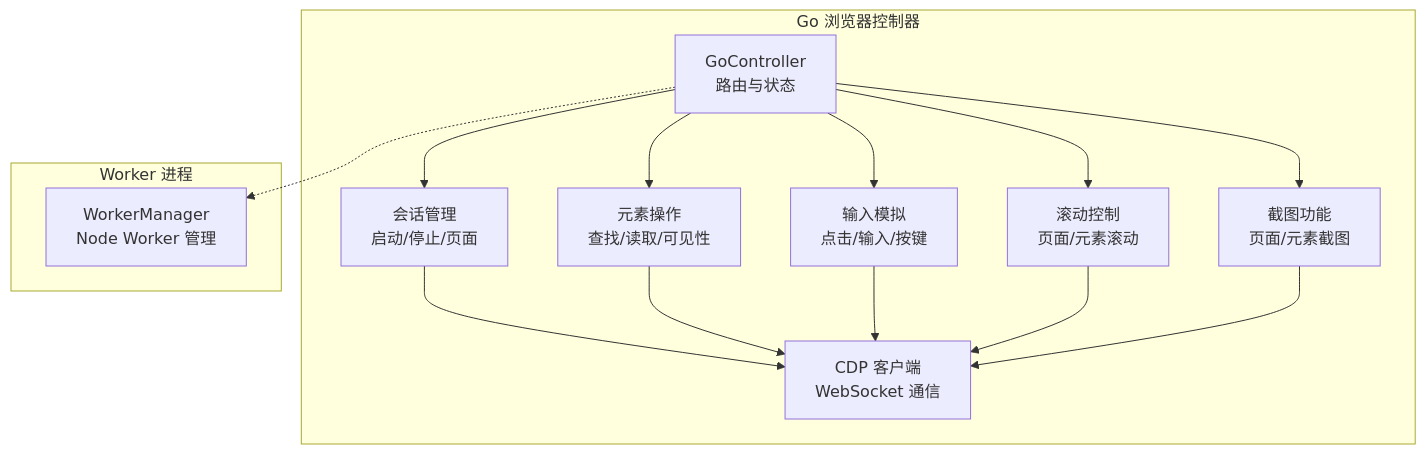
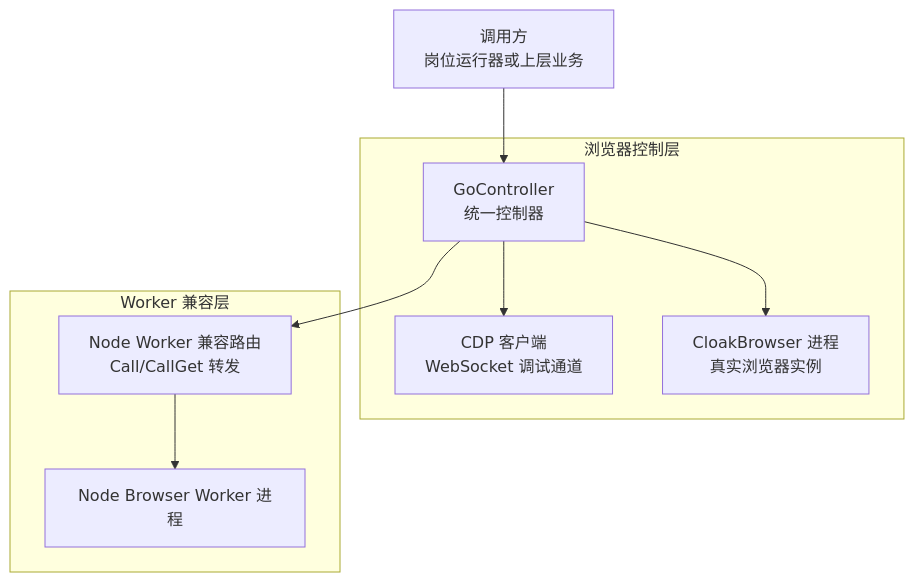
Before and after one commit to alvinwangzi/goodhr: the first of 11 diagrams in .qoder/repowiki/zh/content/本地执行器/浏览器自动化/浏览器控制器/浏览器控制器.md, drawn with Mermaid. The commit also changed other lines of this file and 149 other files, not shown here.

````diff
--- a/.qoder/repowiki/zh/content/本地执行器/浏览器自动化/浏览器控制器/浏览器控制器.md
+++ b/.qoder/repowiki/zh/content/本地执行器/浏览器自动化/浏览器控制器/浏览器控制器.md
@@ -43,26 +44,17 @@
 ```mermaid
 graph TB
-subgraph "Go 浏览器控制器"
-GC["GoController<br/>路由与状态"]
-GS["会话管理<br/>启动/停止/页面"]
-GE["元素操作<br/>查找/读取/可见性"]
-GI["输入模拟<br/>点击/输入/按键"]
-GSc["滚动控制<br/>页面/元素滚动"]
-GSh["截图功能<br/>页面/元素截图"]
-GCDP["CDP 客户端<br/>WebSocket 通信"]
+A["调用方<br/>岗位运行器或上层业务"] --> B["GoController<br/>统一控制器"]
+B --> C["CDP 客户端<br/>WebSocket 调试通道"]
+B --> D["CloakBrowser 进程<br/>真实浏览器实例"]
+B --> E["Node Worker 兼容路由<br/>Call/CallGet 转发"]
+E --> F["Node Browser Worker 进程"]
+subgraph "浏览器控制层"
+B
+C
+D
 end
-subgraph "Worker 进程"
-WM["WorkerManager<br/>Node Worker 管理"]
+subgraph "Worker 兼容层"
+E
+F
 end
-GC --> GS
-GC --> GE
-GC --> GI
-GC --> GSc
-GC --> GSh
-GS --> GCDP
-GE --> GCDP
-GI --> GCDP
-GSc --> GCDP
-GSh --> GCDP
-GC -.-> WM
 ```
````
